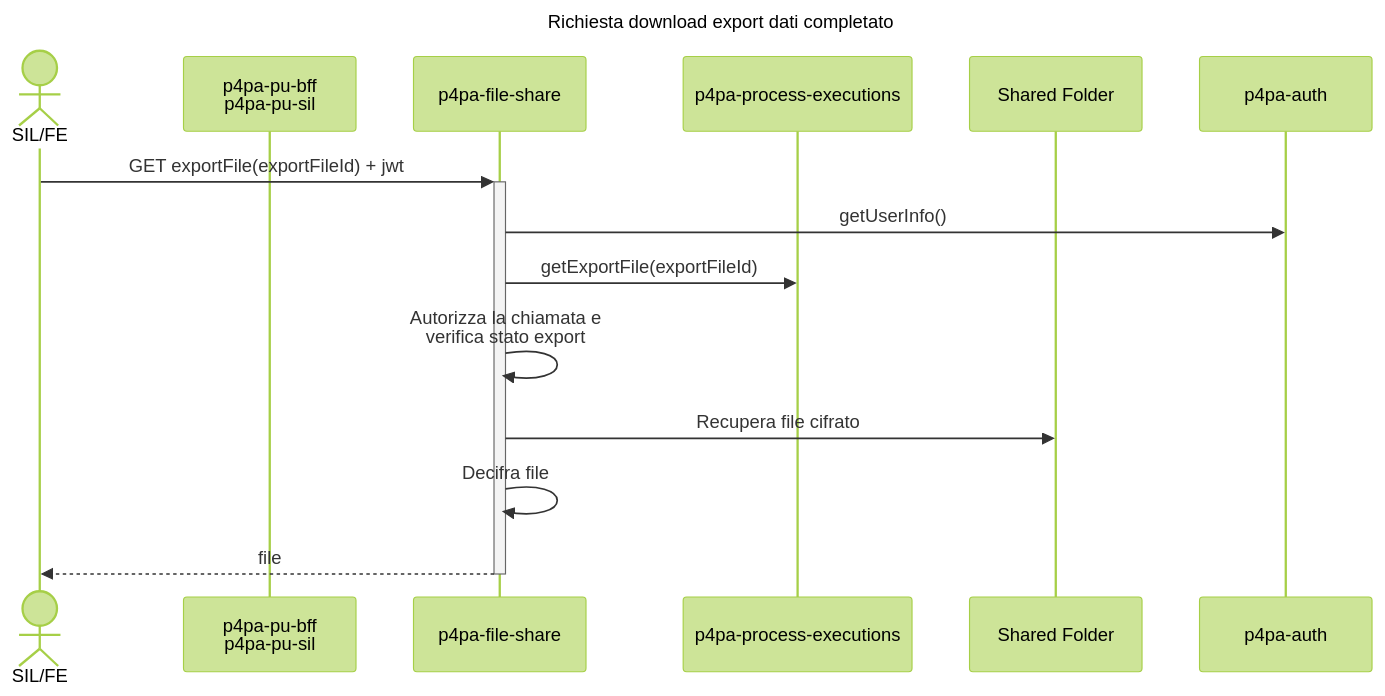
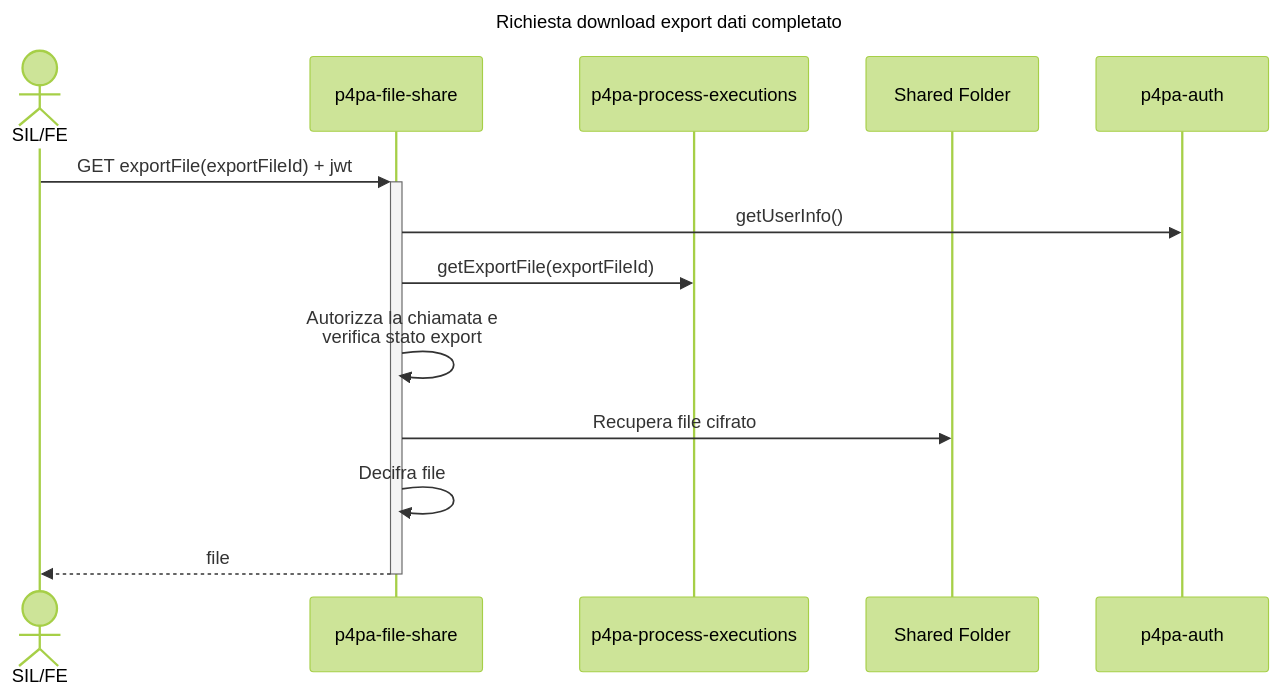
The diagram in design/filesHandling/02.export_file_seq.mmd (pagopa/p4pa-doc), drawn with Mermaid (forest theme) before and after one commit. The commit also changed 3 other files, not shown here.

```diff
--- a/design/filesHandling/02.export_file_seq.mmd
+++ b/design/filesHandling/02.export_file_seq.mmd
@@ -1,18 +1,17 @@
 ---
 title: Richiesta download export dati completato
 ---
 sequenceDiagram
     actor CLIENT as SIL/FE
-    participant BFF as p4pa-pu-bff<BR />p4pa-pu-sil
     participant MS_FILESHARE as p4pa-file-share
     participant MS_PROCESS_EXECUTIONS as p4pa-process-executions
     participant SHARED as Shared Folder
     participant MS_AUTH as p4pa-auth
 
     CLIENT ->>+ MS_FILESHARE: GET exportFile(exportFileId) + jwt
         MS_FILESHARE ->> MS_AUTH: getUserInfo()
         MS_FILESHARE ->> MS_PROCESS_EXECUTIONS: getExportFile(exportFileId)
         MS_FILESHARE ->> MS_FILESHARE: Autorizza la chiamata e<BR />verifica stato export
         MS_FILESHARE ->> SHARED: Recupera file cifrato
         MS_FILESHARE ->> MS_FILESHARE: Decifra file
         MS_FILESHARE -->>- CLIENT: file
```
